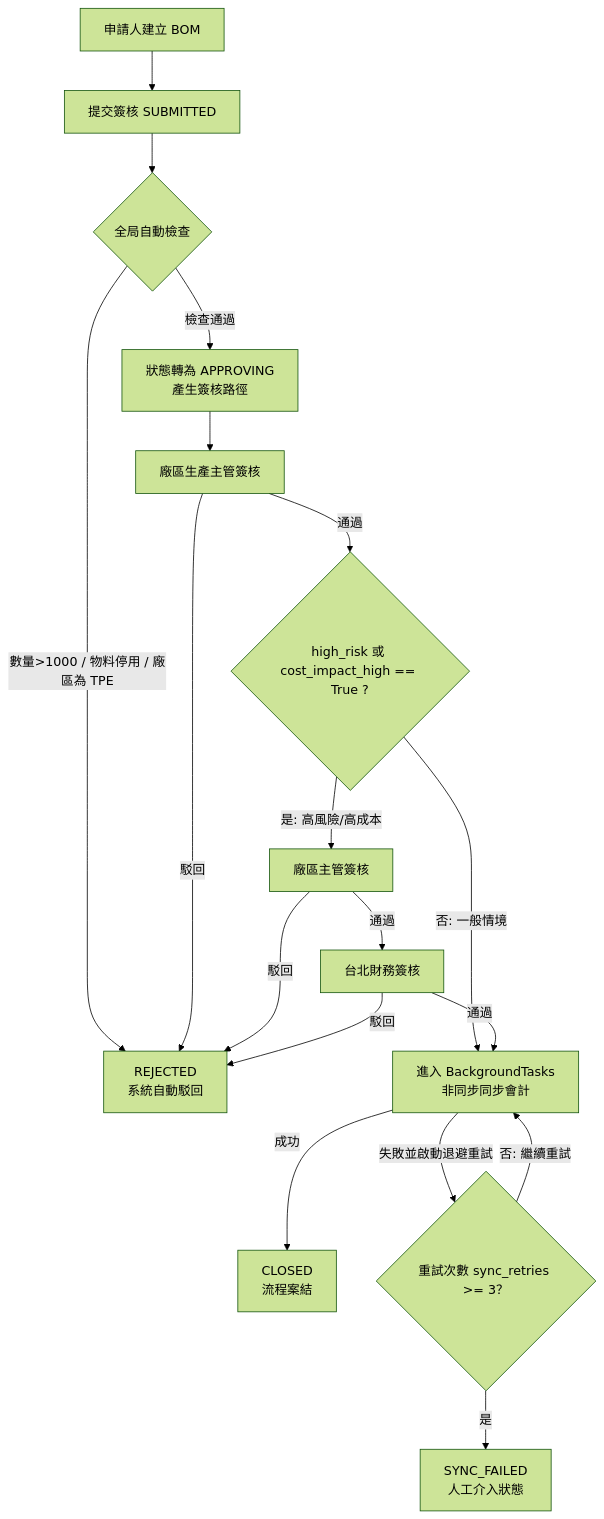
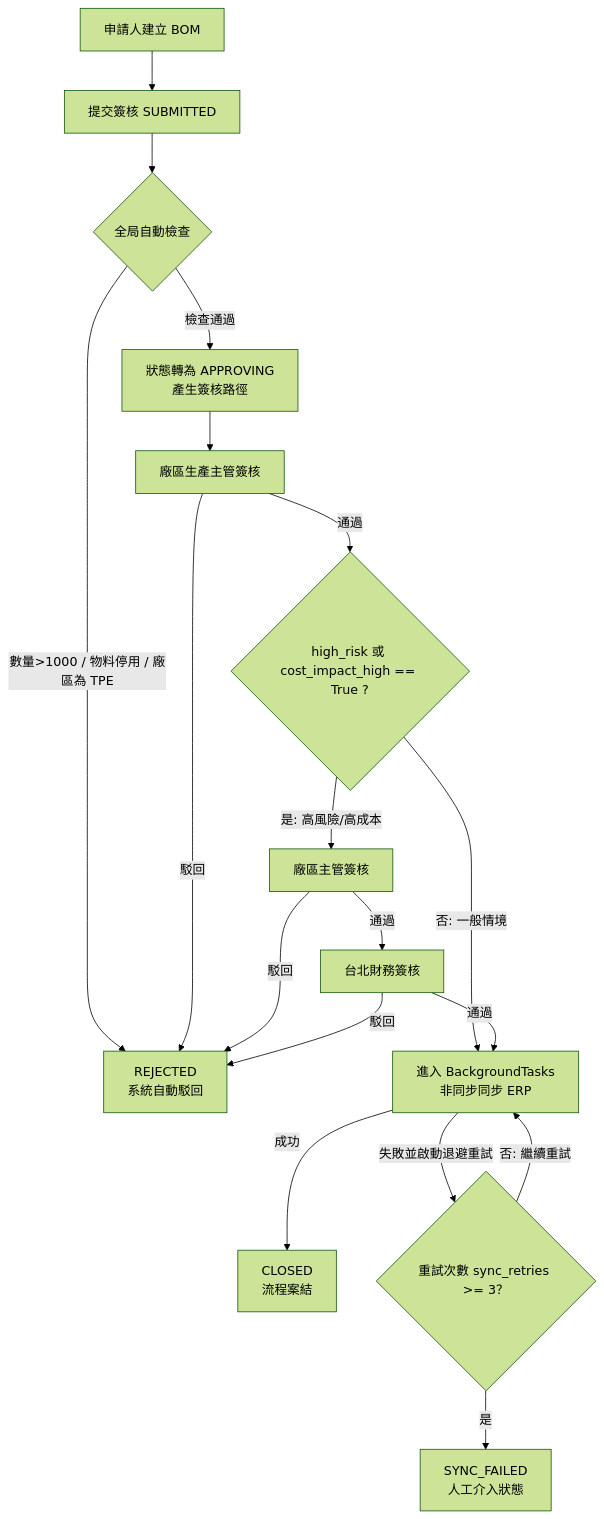
One commit to Kailunlin/SignOffSystem changed the first of 11 diagrams in docs/SA.md. Above: the diagram before and after it, drawn with Mermaid (forest theme). The commit also changed other lines of this file and 2 other files, not shown here.

````diff
--- a/docs/SA.md
+++ b/docs/SA.md
@@ -162,20 +139,20 @@
 ```mermaid
 graph TD
     A[申請人建立 BOM] --> B[提交簽核 SUBMITTED]
     B --> C{全局自動檢查}
     C -->|數量>1000 / 物料停用 / 廠區為 TPE| R[REJECTED <br>系統自動駁回]
     C -->|檢查通過| M[狀態轉為 APPROVING <br>產生簽核路徑]
     M --> E[廠區生產主管簽核]
     E -->|駁回| R
     E -->|通過| F{high_risk 或 <br>cost_impact_high == True ?}
-    F -->|否: 一般情境| H[進入 BackgroundTasks<br>非同步同步會計]
+    F -->|否: 一般情境| H[進入 BackgroundTasks<br>非同步同步 ERP]
     F -->|是: 高風險/高成本| FS[廠區主管簽核]
     FS -->|駁回| R
     FS -->|通過| G[台北財務簽核]
     G -->|駁回| R
     G -->|通過| H
     H -->|成功| I[CLOSED <br>流程案結]
     H -->|失敗並啟動退避重試| J{重試次數 sync_retries >= 3？}
     J -->|否: 繼續重試| H
     J -->|是| K[SYNC_FAILED <br>人工介入狀態]
 ```
````
